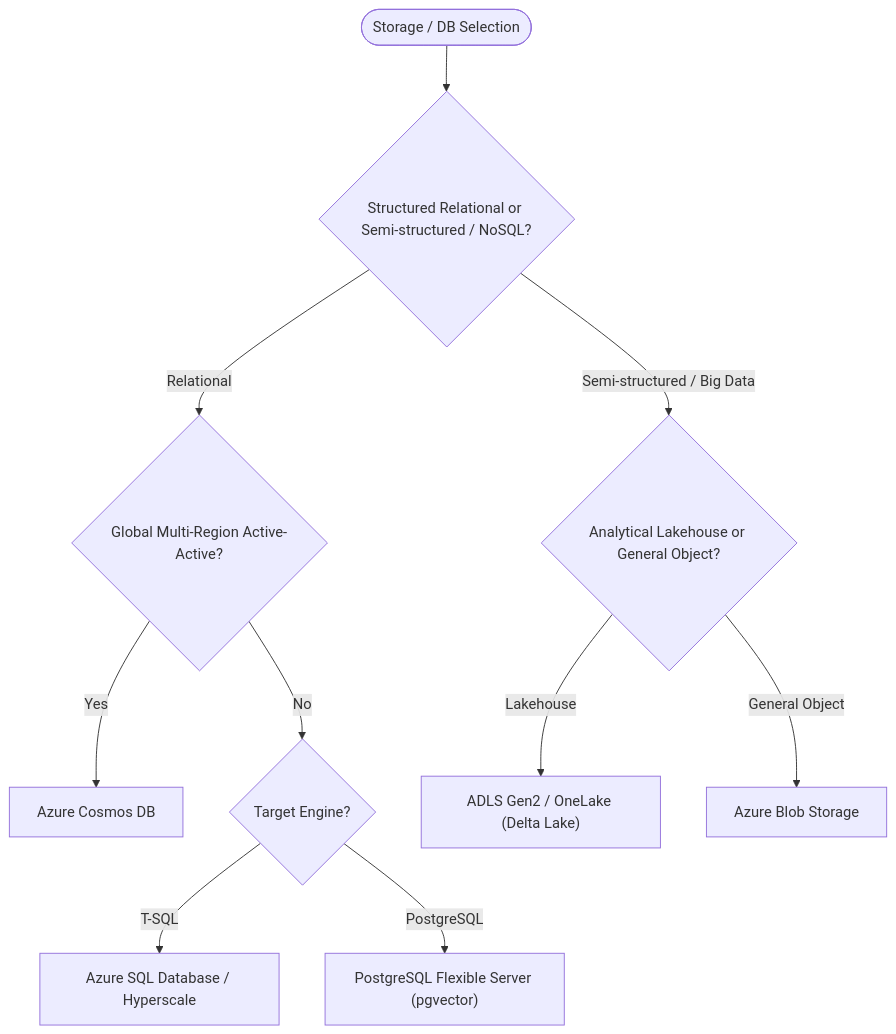
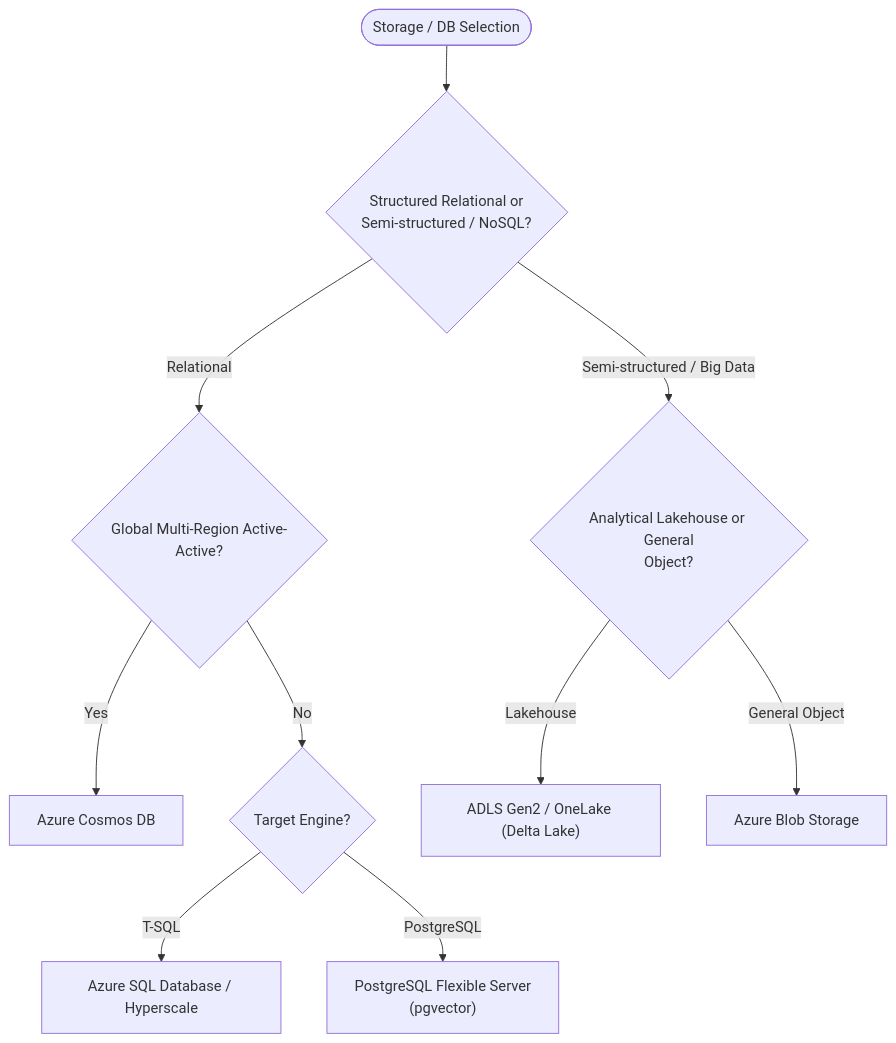
Before and after one commit to santoshjammi29/azure-cheat-sheet: the third of 3 diagrams in README.md, drawn with Mermaid. The commit also changed other lines of this file and 15 other files, not shown here.

Commit message:
fix(diagrams): word-wrap labels and escape comparison operators across all diagrams

````diff
--- a/README.md
+++ b/README.md
@@ -264,14 +264,14 @@
 ```mermaid
 flowchart TD
-    StartData([Storage / DB Selection]) --> Q_Model{Structured Relational or Semi-structured / NoSQL?}
+    StartData([Storage / DB Selection]) --> Q_Model{"Structured Relational or<br/>Semi-structured / NoSQL?"}
 
     Q_Model -- Relational --> Q_Global{Global Multi-Region Active-Active?}
     Q_Global -- Yes --> CosmosSQL["Azure Cosmos DB"]
     Q_Global -- No --> Q_Engine{Target Engine?}
     Q_Engine -- T-SQL --> AzureSQL["Azure SQL Database / Hyperscale"]
-    Q_Engine -- PostgreSQL --> PgFlex["PostgreSQL Flexible Server (pgvector)"]
+    Q_Engine -- PostgreSQL --> PgFlex["PostgreSQL Flexible Server<br/>(pgvector)"]
 
-    Q_Model -- Semi-structured / Big Data --> Q_Analytics{Analytical Lakehouse or General Object?}
+    Q_Model -- Semi-structured / Big Data --> Q_Analytics{"Analytical Lakehouse or General<br/>Object?"}
     Q_Analytics -- Lakehouse --> ADLS["ADLS Gen2 / OneLake (Delta Lake)"]
     Q_Analytics -- General Object --> Blob["Azure Blob Storage"]
 ```
````
